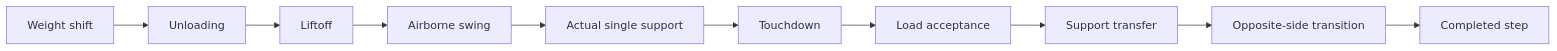
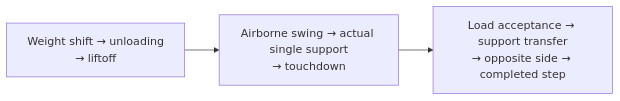
Before and after one commit to GokturkCan/biped-locomotion-ppo: the second of 4 diagrams in README.md, drawn with Mermaid. The commit also changed other lines of this file and 5 other files, not shown here.

````diff
--- a/README.md
+++ b/README.md
@@ -142,7 +134,7 @@
 ```mermaid
 flowchart LR
-    W["Weight shift"] --> U["Unloading"] --> L["Liftoff"]
-    L --> A["Airborne swing"] --> S["Actual single support"]
-    S --> T["Touchdown"] --> LA["Load acceptance"]
-    LA --> ST["Support transfer"] --> O["Opposite-side transition"] --> C["Completed step"]
+    A["Weight shift → unloading<br/>→ liftoff"]
+    B["Airborne swing → actual single support<br/>→ touchdown"]
+    C["Load acceptance → support transfer<br/>→ opposite side → completed step"]
+    A --> B --> C
 ```
````
